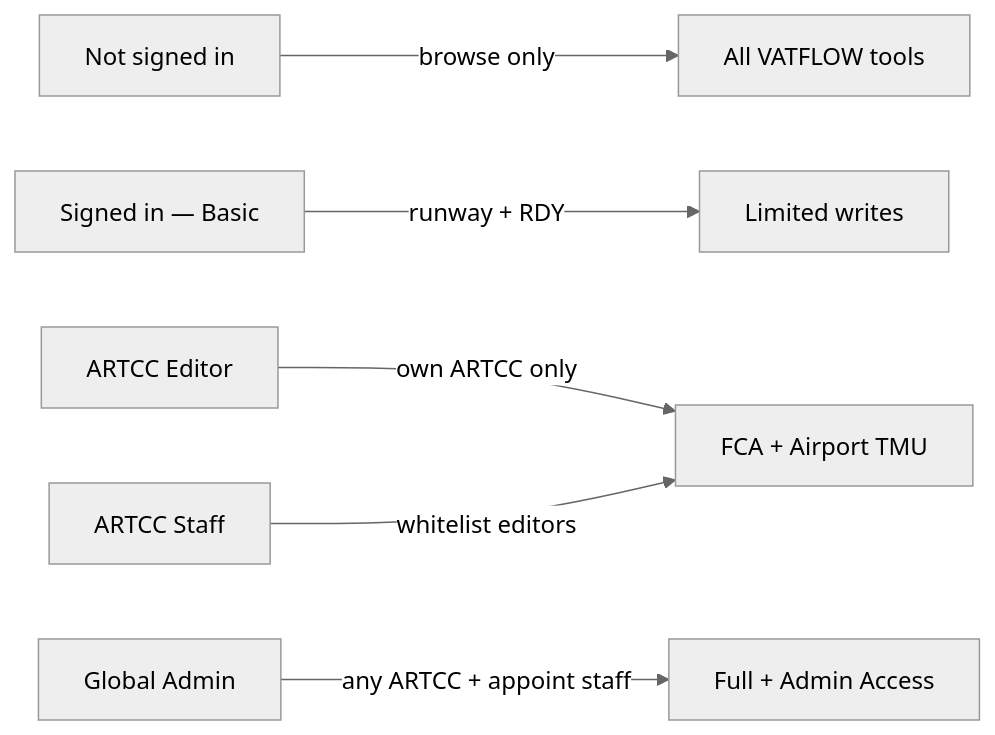
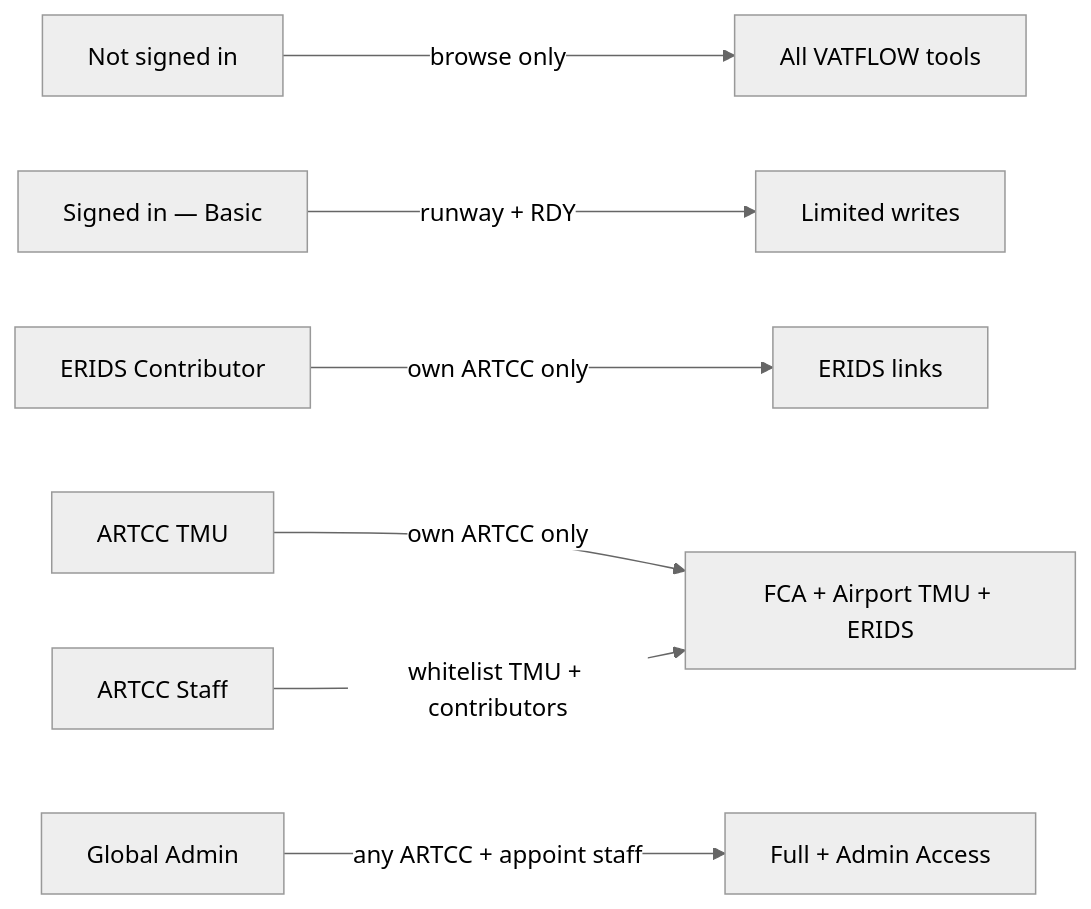
One commit to djbrombizzle/vatflow changed the diagram in ACCESS-AND-ADMIN.md. Above: the diagram before and after it, drawn with Mermaid (neutral theme). The commit also changed other lines of this file and 4 other files, not shown here.

First line of the commit message:
Rename Editor role to TMU and add ERIDS Contributor role

````diff
--- a/ACCESS-AND-ADMIN.md
+++ b/ACCESS-AND-ADMIN.md
@@ -13,14 +13,16 @@
 ```mermaid
 flowchart LR
     visitor[Not signed in]
     basic[Signed in — Basic]
-    editor[ARTCC Editor]
+    contributor[ERIDS Contributor]
+    tmu[ARTCC TMU]
     staff[ARTCC Staff]
     admin[Global Admin]
 
     visitor -->|browse only| tools[All VATFLOW tools]
     basic -->|runway + RDY| limited[Limited writes]
-    editor -->|own ARTCC only| scoped[FCA + Airport TMU]
-    staff -->|whitelist editors| scoped
+    contributor -->|own ARTCC only| erids[ERIDS links]
+    tmu -->|own ARTCC only| scoped[FCA + Airport TMU + ERIDS]
+    staff -->|whitelist TMU + contributors| scoped
     admin -->|any ARTCC + appoint staff| all[Full + Admin Access]
 ```
````
